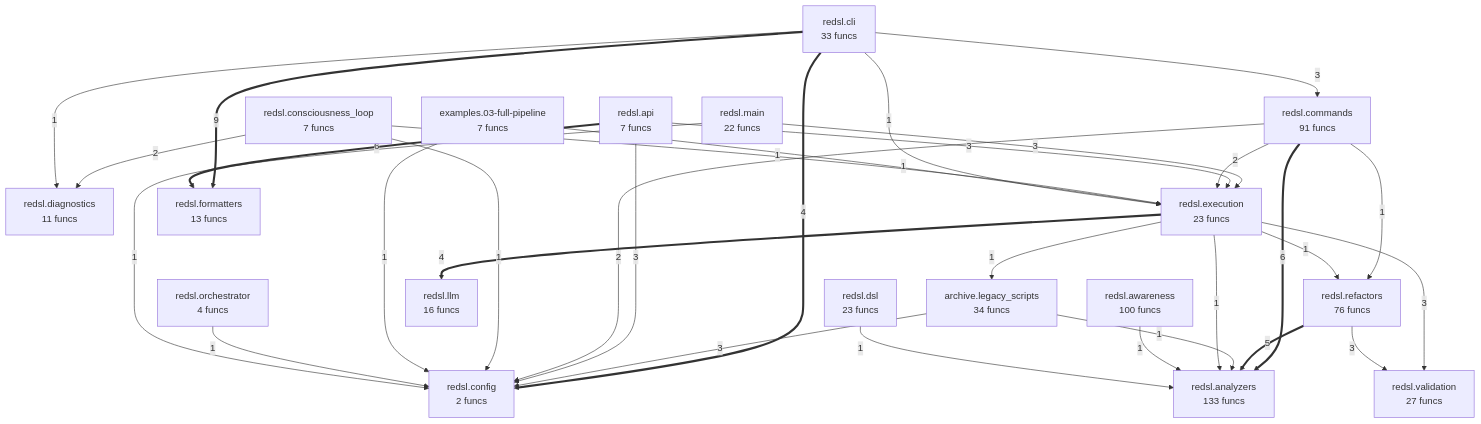
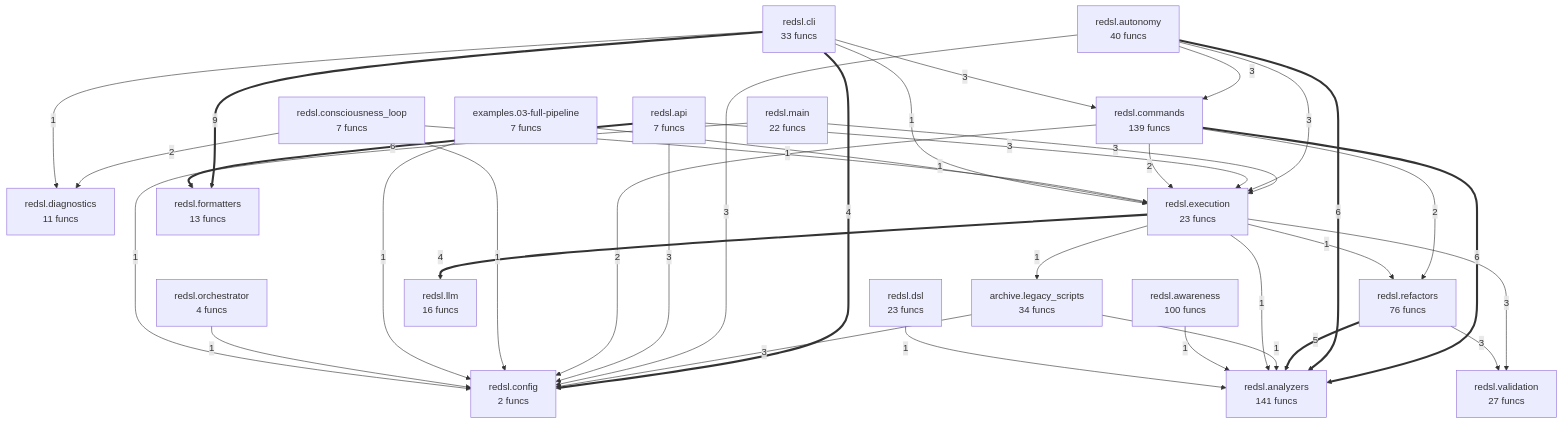
One commit to wronai/redsl changed the diagram in project/compact_flow.mmd. Above: the diagram before and after it, drawn with Mermaid. The commit also changed 36 other files, not shown here.

```diff
--- a/project/compact_flow.mmd
+++ b/project/compact_flow.mmd
@@ -1,50 +1,55 @@
 flowchart TD
     archive__legacy_scripts["archive.legacy_scripts<br/>34 funcs"]
     examples__03_full_pipeline["examples.03-full-pipeline<br/>7 funcs"]
-    redsl__analyzers["redsl.analyzers<br/>133 funcs"]
+    redsl__analyzers["redsl.analyzers<br/>141 funcs"]
     redsl__api["redsl.api<br/>7 funcs"]
+    redsl__autonomy["redsl.autonomy<br/>40 funcs"]
     redsl__awareness["redsl.awareness<br/>100 funcs"]
     redsl__cli["redsl.cli<br/>33 funcs"]
-    redsl__commands["redsl.commands<br/>91 funcs"]
+    redsl__commands["redsl.commands<br/>139 funcs"]
     redsl__config["redsl.config<br/>2 funcs"]
     redsl__consciousness_loop["redsl.consciousness_loop<br/>7 funcs"]
     redsl__diagnostics["redsl.diagnostics<br/>11 funcs"]
     redsl__dsl["redsl.dsl<br/>23 funcs"]
     redsl__execution["redsl.execution<br/>23 funcs"]
     redsl__formatters["redsl.formatters<br/>13 funcs"]
     redsl__llm["redsl.llm<br/>16 funcs"]
     redsl__main["redsl.main<br/>22 funcs"]
     redsl__orchestrator["redsl.orchestrator<br/>4 funcs"]
     redsl__refactors["redsl.refactors<br/>76 funcs"]
     redsl__validation["redsl.validation<br/>27 funcs"]
     redsl__cli ==>|9| redsl__formatters
     redsl__commands ==>|6| redsl__analyzers
+    redsl__autonomy ==>|6| redsl__analyzers
     redsl__api ==>|6| redsl__formatters
     redsl__refactors ==>|5| redsl__analyzers
     redsl__execution ==>|4| redsl__llm
     redsl__cli ==>|4| redsl__config
     archive__legacy_scripts -->|3| redsl__config
     redsl__main -->|3| redsl__execution
+    redsl__autonomy -->|3| redsl__execution
+    redsl__autonomy -->|3| redsl__config
+    redsl__autonomy -->|3| redsl__commands
     redsl__execution -->|3| redsl__validation
     redsl__refactors -->|3| redsl__validation
     redsl__api -->|3| redsl__config
     redsl__api -->|3| redsl__execution
     redsl__cli -->|3| redsl__commands
     redsl__consciousness_loop -->|2| redsl__diagnostics
+    redsl__commands -->|2| redsl__refactors
     redsl__commands -->|2| redsl__config
     redsl__commands -->|2| redsl__execution
     archive__legacy_scripts -->|1| redsl__analyzers
     redsl__consciousness_loop -->|1| redsl__config
     redsl__consciousness_loop -->|1| redsl__execution
     examples__03_full_pipeline -->|1| redsl__config
     examples__03_full_pipeline -->|1| redsl__execution
     redsl__orchestrator -->|1| redsl__config
-    redsl__commands -->|1| redsl__refactors
     redsl__main -->|1| redsl__config
     redsl__execution -->|1| redsl__refactors
     redsl__execution -->|1| redsl__analyzers
     redsl__execution -->|1| archive__legacy_scripts
     redsl__awareness -->|1| redsl__analyzers
     redsl__dsl -->|1| redsl__analyzers
     redsl__cli -->|1| redsl__diagnostics
     redsl__cli -->|1| redsl__execution
```
